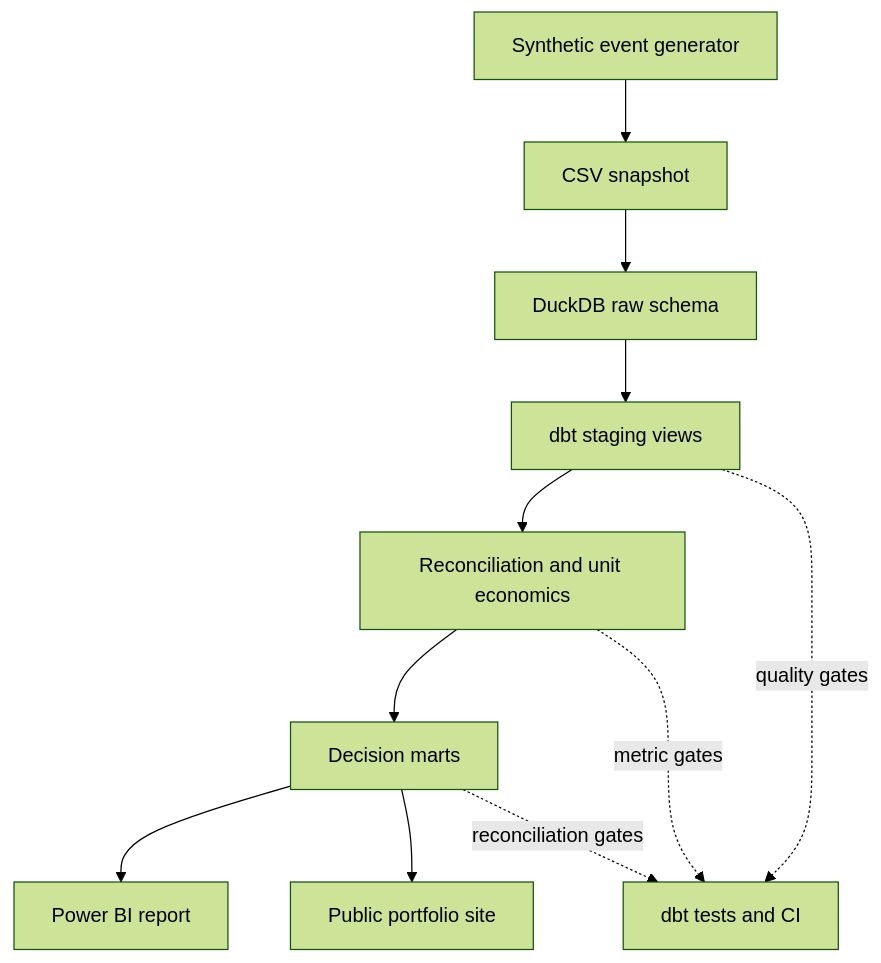
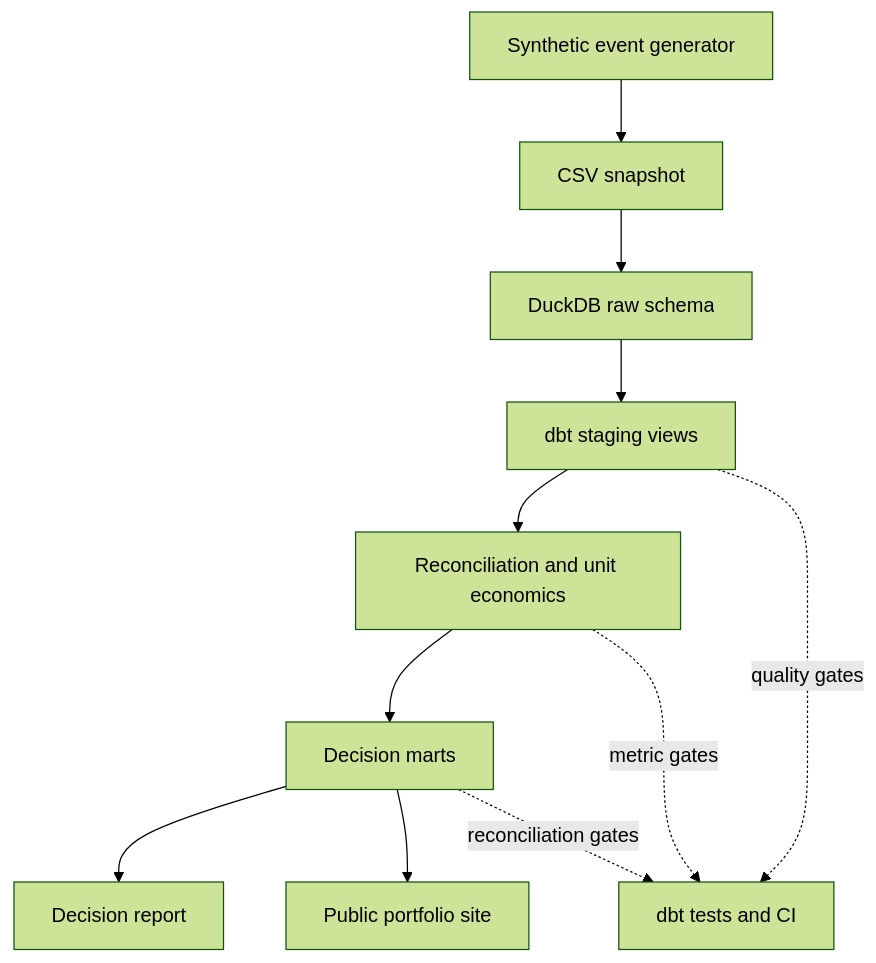
Before and after one commit to Victor-Garlet/fintech-analytics-decision-room: the diagram in docs/architecture.md, drawn with Mermaid (forest theme). The commit also changed other lines of this file and 46 other files, not shown here.

````diff
--- a/docs/architecture.md
+++ b/docs/architecture.md
@@ -9,13 +9,13 @@
 ```mermaid
 flowchart TD
     A["Synthetic event generator"] --> B["CSV snapshot"]
     B --> C["DuckDB raw schema"]
     C --> D["dbt staging views"]
     D --> E["Reconciliation and unit economics"]
     E --> F["Decision marts"]
-    F --> G["Power BI report"]
+    F --> G["Decision report"]
     F --> H["Public portfolio site"]
     D -. quality gates .-> I["dbt tests and CI"]
     E -. metric gates .-> I
     F -. reconciliation gates .-> I
 ```
````
